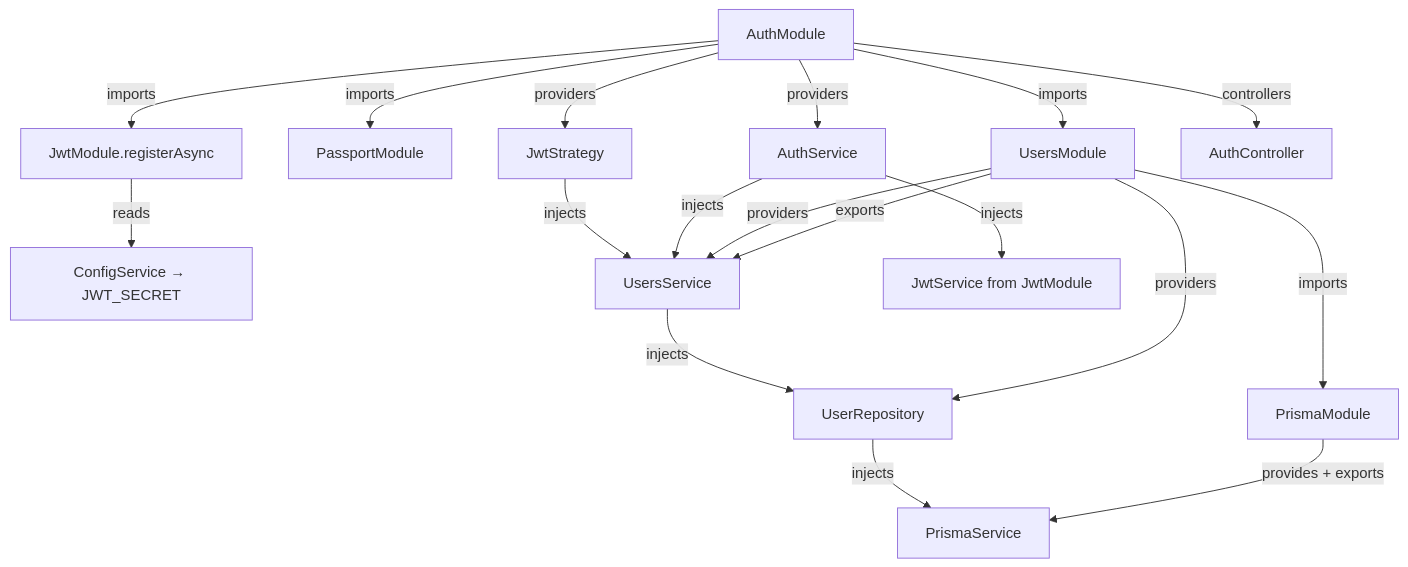
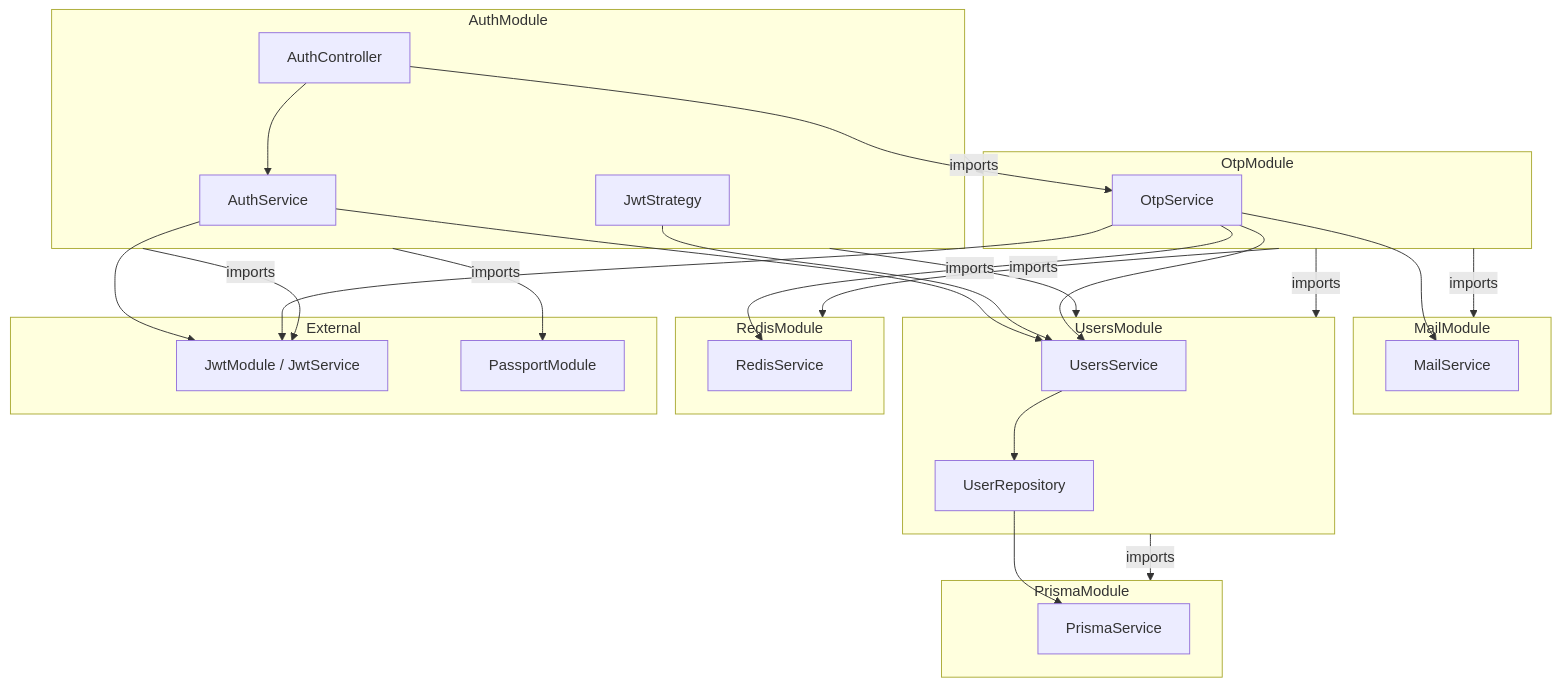
One commit to Mtigunit/music-room changed the sixth of 6 diagrams in backend/docs/auth_walkthrough.md. Above: the diagram before and after it, drawn with Mermaid. The commit also changed other lines of this file and 16 other files, not shown here.

First line of the commit message:
feat(auth): add email OTP verification before registration

````diff
--- a/backend/docs/auth_walkthrough.md
+++ b/backend/docs/auth_walkthrough.md
@@ -219,25 +580,59 @@
 ```mermaid
 graph TD
-    A[AuthModule] -->|imports| B[UsersModule]
-    A -->|imports| C[PassportModule]
-    A -->|imports| D[JwtModule.registerAsync]
-    D -->|reads| E[ConfigService → JWT_SECRET]
-    
-    B -->|imports| F[PrismaModule]
-    B -->|exports| G[UsersService]
-    
-    A -->|providers| H[AuthService]
-    A -->|providers| I[JwtStrategy]
-    A -->|controllers| J[AuthController]
-    
-    B -->|providers| K[UserRepository]
-    B -->|providers| G
-    
-    F -->|provides + exports| L[PrismaService]
-    
-    K -->|injects| L
-    G -->|injects| K
-    H -->|injects| G
-    H -->|injects| M[JwtService from JwtModule]
-    I -->|injects| G
+    subgraph AuthModule
+        AC[AuthController]
+        AS[AuthService]
+        JStrat[JwtStrategy]
+    end
+
+    subgraph OtpModule
+        OS[OtpService]
+    end
+
+    subgraph MailModule
+        MS[MailService]
+    end
+
+    subgraph UsersModule
+        US[UsersService]
+        UR[UserRepository]
+    end
+
+    subgraph PrismaModule
+        PS[PrismaService]
+    end
+
+    subgraph RedisModule
+        RS[RedisService]
+    end
+
+    subgraph External
+        JWT[JwtModule / JwtService]
+        PP[PassportModule]
+    end
+
+    AC --> AS
+    AC --> OS
+    AS --> US
+    AS --> JWT
+    JStrat --> US
+
+    OS --> RS
+    OS --> MS
+    OS --> US
+    OS --> JWT
+
+    US --> UR
+    UR --> PS
+
+    AuthModule -->|imports| OtpModule
+    AuthModule -->|imports| UsersModule
+    AuthModule -->|imports| PP
+    AuthModule -->|imports| JWT
+
+    OtpModule -->|imports| RedisModule
+    OtpModule -->|imports| MailModule
+    OtpModule -->|imports| UsersModule
+
+    UsersModule -->|imports| PrismaModule
 ```
````
